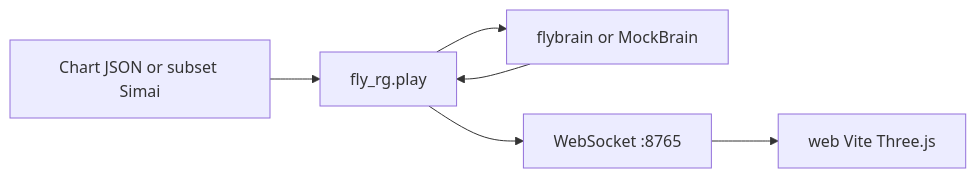
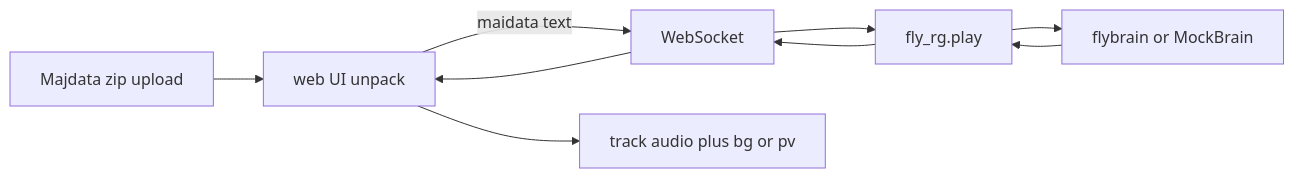
Before and after one commit to kangwijen/fly-rg: the diagram in README.md, drawn with Mermaid. The commit also changed other lines of this file and 32 other files, not shown here.

````diff
--- a/README.md
+++ b/README.md
@@ -7,14 +9,14 @@
 ```mermaid
 flowchart LR
-  chart[Chart JSON or subset Simai]
+  zip[Majdata zip upload]
+  web[web UI unpack]
+  ws[WebSocket]
   play[fly_rg.play]
   brain[flybrain or MockBrain]
-  ws[WebSocket :8765]
-  web[web Vite Three.js]
+  media[track audio plus bg or pv]
 
-  chart --> play
-  play --> brain
-  brain --> play
-  play --> ws
-  ws --> web
+  zip --> web
+  web -->|maidata text| ws --> play --> brain
+  brain --> play --> ws --> web
+  web --> media
 ```
````
